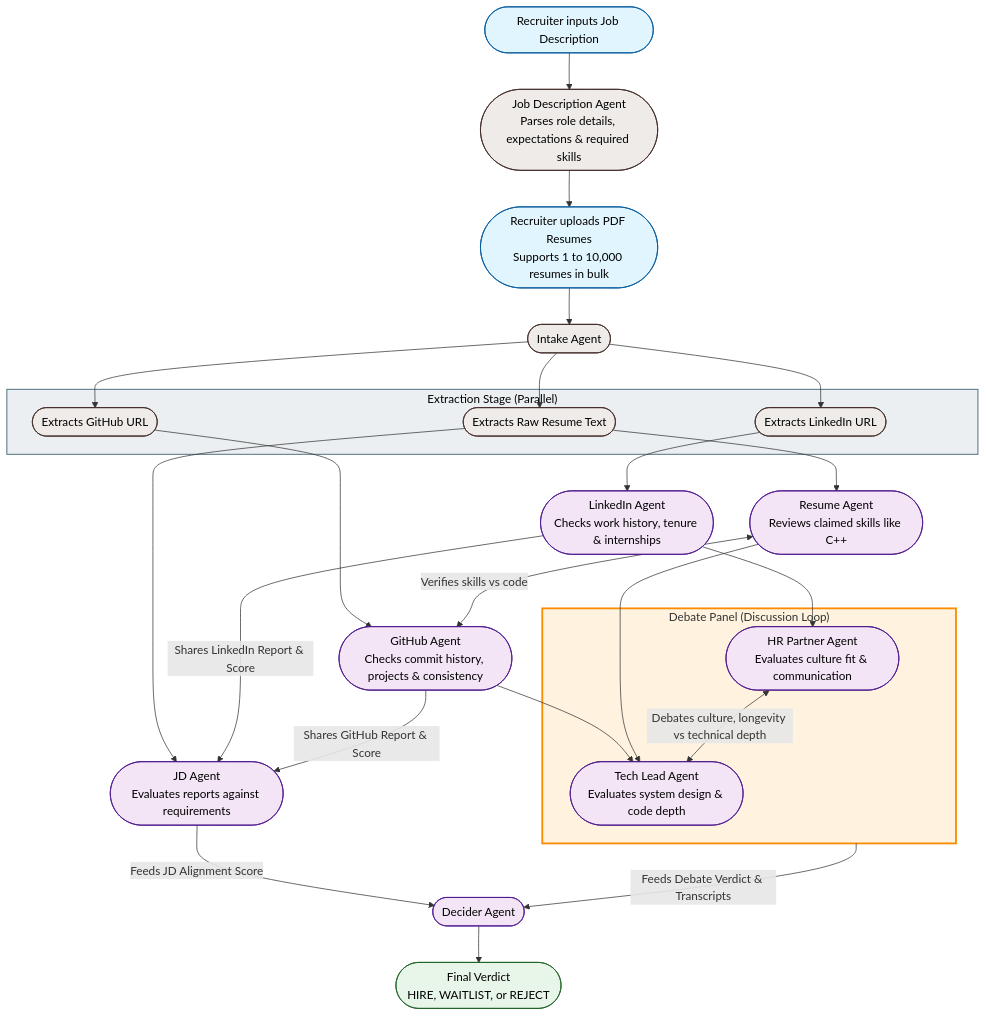
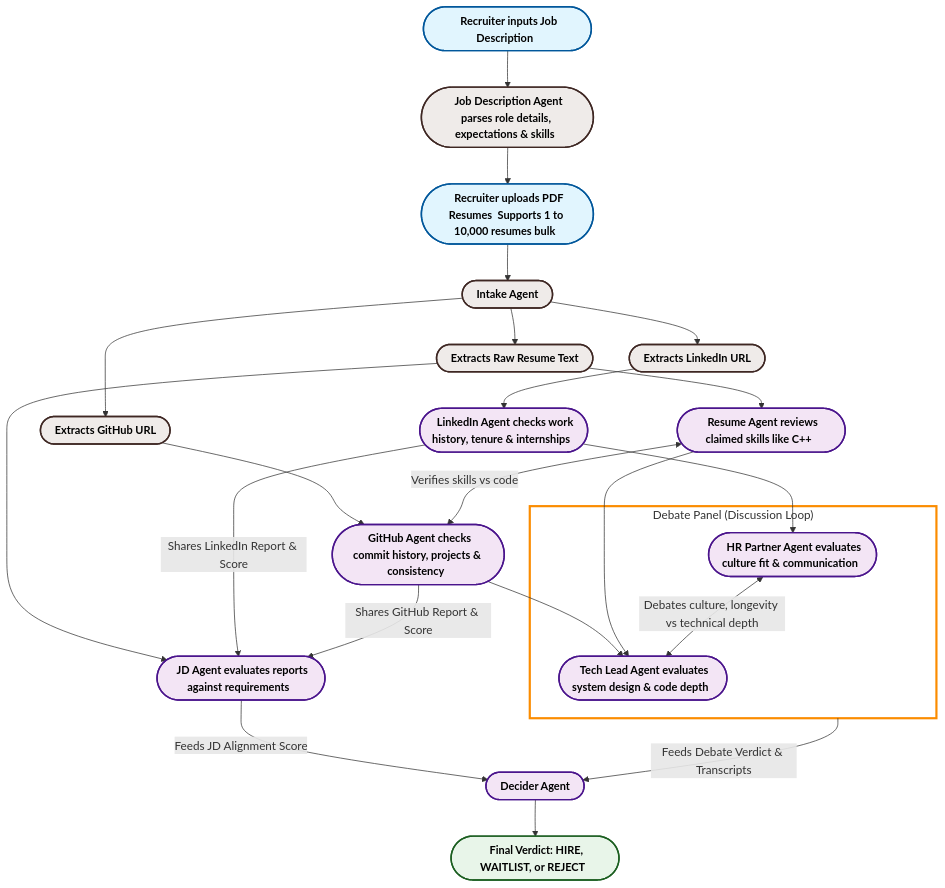
The diagram in README.md (Mahesh-Nandigam/HirePanel.Ai), drawn with Mermaid before and after one commit.

Commit message:
docs: remove extraction stage subgraph container and style debate panel background to transparent

````diff
--- a/README.md
+++ b/README.md
@@ -27,77 +27,75 @@
 ```mermaid
 flowchart TD
-    %% Define styles for clean appearance and high contrast text
-    classDef input fill:#e1f5fe,stroke:#01579b,stroke-width:1px,color:#000;
-    classDef agent fill:#f3e5f5,stroke:#4a148c,stroke-width:1px,color:#000;
-    classDef step fill:#efebe9,stroke:#3e2723,stroke-width:1px,color:#000;
-    classDef output fill:#e8f5e9,stroke:#1b5e20,stroke-width:1px,color:#000;
+    %% Define styles for clean appearance, larger font and high contrast text
+    classDef input fill:#e1f5fe,stroke:#01579b,stroke-width:2px,color:#000,font-size:15px,font-weight:bold;
+    classDef agent fill:#f3e5f5,stroke:#4a148c,stroke-width:2px,color:#000,font-size:15px,font-weight:bold;
+    classDef step fill:#efebe9,stroke:#3e2723,stroke-width:2px,color:#000,font-size:15px,font-weight:bold;
+    classDef output fill:#e8f5e9,stroke:#1b5e20,stroke-width:2px,color:#000,font-size:15px,font-weight:bold;
 
     %% 1. Inputs & Initial Parsing
-    RecruiterJD([Recruiter inputs Job Description])
-    JDAgentInput([Job Description Agent<br/>Parses role details, expectations & required skills])
-    RecruiterPDF([Recruiter uploads PDF Resumes<br/>Supports 1 to 10,000 resumes in bulk])
+    RecruiterJD([&nbsp;&nbsp;Recruiter inputs Job Description&nbsp;&nbsp;])
+    JDAgentInput([&nbsp;&nbsp;Job Description Agent parses role details, expectations & skills&nbsp;&nbsp;])
+    RecruiterPDF([&nbsp;&nbsp;Recruiter uploads PDF Resumes &nbsp;Supports 1 to 10,000 resumes bulk&nbsp;&nbsp;])
     
     RecruiterJD --> JDAgentInput
     JDAgentInput --> RecruiterPDF
 
     %% 2. Intake
-    Intake([Intake Agent])
+    Intake([&nbsp;&nbsp;Intake Agent&nbsp;&nbsp;])
     RecruiterPDF --> Intake
 
     %% 3. Parsing & Routing (Aligned horizontally to prevent crossed lines)
-    subgraph ExtractionStage ["Extraction Stage (Parallel)"]
-        ExtractLI([Extracts LinkedIn URL])
-        ExtractTxt([Extracts Raw Resume Text])
-        ExtractGH([Extracts GitHub URL])
-    end
-    style ExtractionStage fill:#eceff1,stroke:#607d8b,stroke-width:1.5px,color:#000;
+    ExtractLI([&nbsp;&nbsp;Extracts LinkedIn URL&nbsp;&nbsp;])
+    ExtractTxt([&nbsp;&nbsp;Extracts Raw Resume Text&nbsp;&nbsp;])
+    ExtractGH([&nbsp;&nbsp;Extracts GitHub URL&nbsp;&nbsp;])
 
     Intake --> ExtractLI
     Intake --> ExtractTxt
     Intake --> ExtractGH
 
     %% 4. Assessment Agents (First Level)
-    LIAgent([LinkedIn Agent<br/>Checks work history, tenure & internships])
-    ResAgent([Resume Agent<br/>Reviews claimed skills like C++])
-    GHAgent([GitHub Agent<br/>Checks commit history, projects & consistency])
+    LIAgent([&nbsp;&nbsp;LinkedIn Agent checks work history, tenure & internships&nbsp;&nbsp;])
+    ResAgent([&nbsp;&nbsp;Resume Agent reviews claimed skills like C++&nbsp;&nbsp;])
+    GHAgent([&nbsp;&nbsp;GitHub Agent checks commit history, projects & consistency&nbsp;&nbsp;])
 
     ExtractLI --> LIAgent
     ExtractTxt --> ResAgent
     ExtractGH --> GHAgent
 
     %% Cross Verification Link (Horizontal)
     ResAgent <-->|Verifies skills vs code| GHAgent
 
     %% 5. JD Agent Scoring
-    JDAgent([JD Agent<br/>Evaluates reports against requirements])
+    JDAgent([&nbsp;&nbsp;JD Agent evaluates reports against requirements&nbsp;&nbsp;])
     
     ExtractTxt --> JDAgent
     LIAgent -->|Shares LinkedIn Report & Score| JDAgent
     GHAgent -->|Shares GitHub Report & Score| JDAgent
 
     %% 6. Debate Panel (Discussion Loop)
-    HRPartner([HR Partner Agent<br/>Evaluates culture fit & communication])
-    TechLead([Tech Lead Agent<br/>Evaluates system design & code depth])
+    HRPartner([&nbsp;&nbsp;HR Partner Agent evaluates culture fit & communication&nbsp;&nbsp;])
+    TechLead([&nbsp;&nbsp;Tech Lead Agent evaluates system design & code depth&nbsp;&nbsp;])
 
     LIAgent --> HRPartner
     GHAgent --> TechLead
     ResAgent --> TechLead
 
     subgraph DebatePanel ["Debate Panel (Discussion Loop)"]
         HRPartner <-->|Debates culture, longevity vs technical depth| TechLead
     end
-    style DebatePanel fill:#fff3e0,stroke:#fb8c00,stroke-width:2.5px;
+    %% style DebatePanel background transparent so background lines are visible
+    style DebatePanel fill:none,stroke:#fb8c00,stroke-width:3px;
 
     %% 7. Verdict
-    Decider([Decider Agent])
-    Verdict([Final Verdict<br/>HIRE, WAITLIST, or REJECT])
+    Decider([&nbsp;&nbsp;Decider Agent&nbsp;&nbsp;])
+    Verdict([&nbsp;&nbsp;Final Verdict: HIRE, WAITLIST, or REJECT&nbsp;&nbsp;])
 
     JDAgent -->|Feeds JD Alignment Score| Decider
     DebatePanel -->|Feeds Debate Verdict & Transcripts| Decider
     Decider --> Verdict
 
     class RecruiterJD,RecruiterPDF input;
     class JDAgentInput,Intake,ExtractGH,ExtractLI,ExtractTxt step;
     class GHAgent,LIAgent,ResAgent,JDAgent,TechLead,HRPartner,Decider agent;
     class Verdict output;
 ```
````
